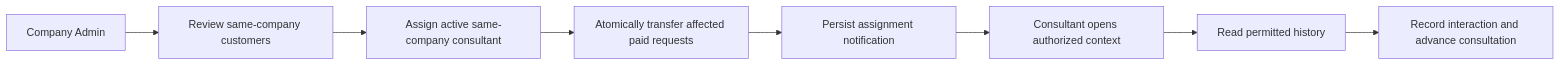
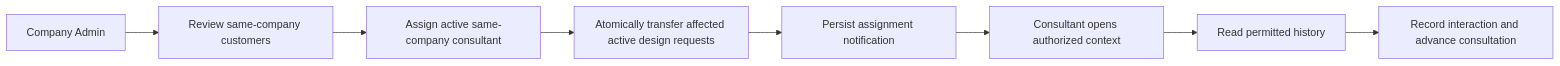
Before and after one commit to ankhanhwork/weavelink-project: the first of 2 diagrams in specs/spec-MFG-08.md, drawn with Mermaid. The commit also changed other lines of this file and 32 other files, not shown here.

````diff
--- a/specs/spec-MFG-08.md
+++ b/specs/spec-MFG-08.md
@@ -67,10 +67,10 @@
 ```mermaid
 flowchart LR
   Admin[Company Admin] --> Review[Review same-company customers]
   Review --> Assign[Assign active same-company consultant]
-  Assign --> Transfer[Atomically transfer affected paid requests]
+  Assign --> Transfer[Atomically transfer affected active design requests]
   Transfer --> Notify[Persist assignment notification]
   Notify --> Context[Consultant opens authorized context]
   Context --> Interactions[Read permitted history]
   Interactions --> Update[Record interaction and advance consultation]
 ```
````
